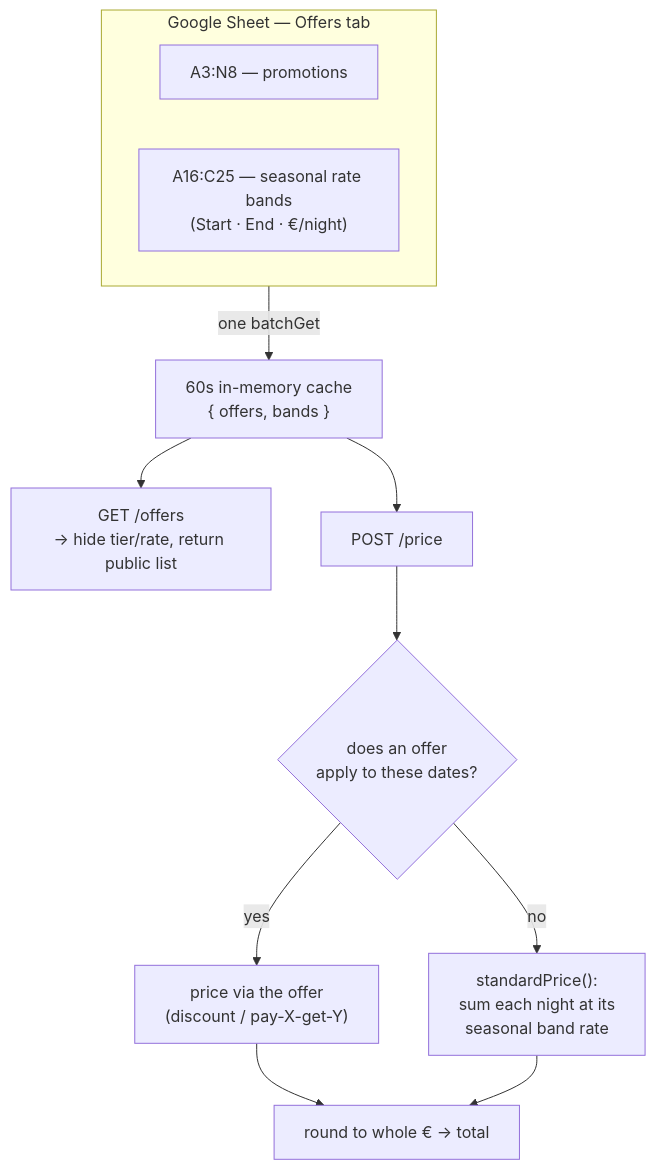
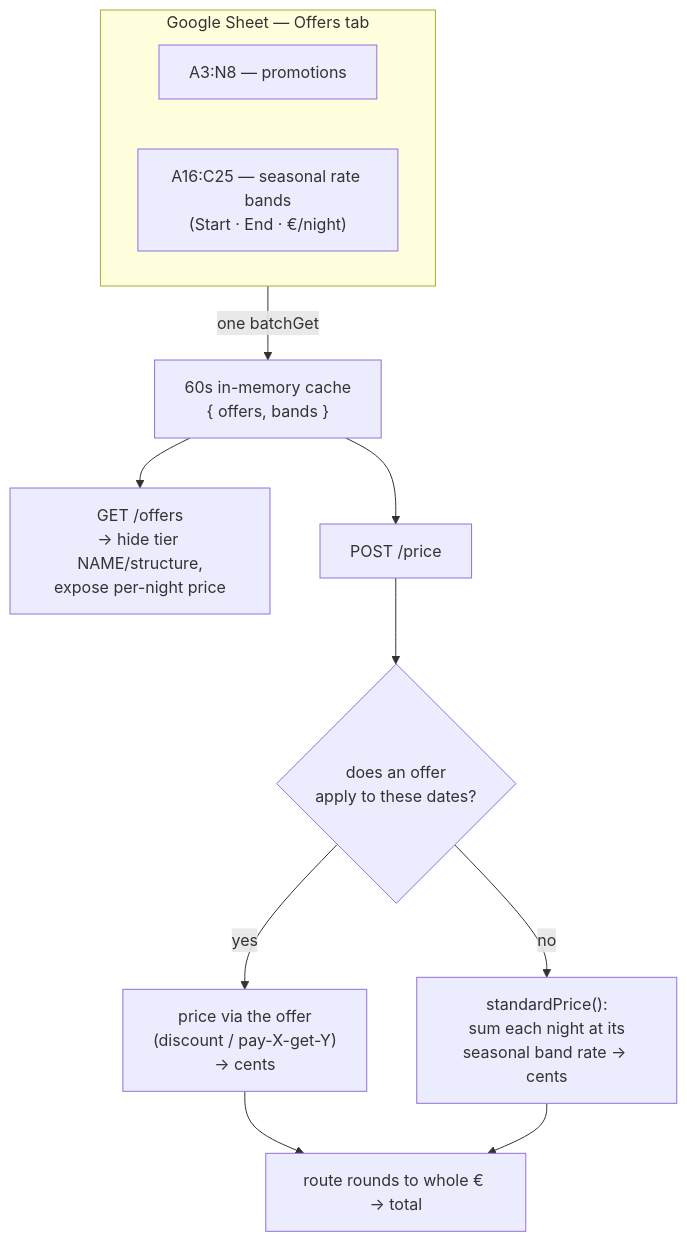
One commit to NoobCoder1209/vayana-bungalows changed the fifth of 9 diagrams in docs/ARCHITECTURE.md. Above: the diagram before and after it, drawn with Mermaid. The commit also changed other lines of this file, not shown here.

First line of the commit message:
docs: fix ARCHITECTURE.md accuracy (review findings)

````diff
--- a/docs/ARCHITECTURE.md
+++ b/docs/ARCHITECTURE.md
@@ -163,18 +173,18 @@
 ```mermaid
 flowchart TD
     subgraph Sheet["Google Sheet — Offers tab"]
       OffersRows["A3:N8 — promotions"]
       Bands["A16:C25 — seasonal rate bands<br/>(Start · End · €/night)"]
     end
 
     Sheet -->|one batchGet| Cache["60s in-memory cache<br/>{ offers, bands }"]
 
-    Cache --> OffersRoute["GET /offers<br/>→ hide tier/rate, return public list"]
+    Cache --> OffersRoute["GET /offers<br/>→ hide tier NAME/structure,<br/>expose per-night price"]
     Cache --> PriceRoute["POST /price"]
 
     PriceRoute --> Match{"does an offer<br/>apply to these dates?"}
-    Match -->|yes| OfferCalc["price via the offer<br/>(discount / pay-X-get-Y)"]
-    Match -->|no| Standard["standardPrice():<br/>sum each night at its<br/>seasonal band rate"]
-    OfferCalc --> Total["round to whole € → total"]
+    Match -->|yes| OfferCalc["price via the offer<br/>(discount / pay-X-get-Y)<br/>→ cents"]
+    Match -->|no| Standard["standardPrice():<br/>sum each night at its<br/>seasonal band rate → cents"]
+    OfferCalc --> Total["route rounds to whole € → total"]
     Standard --> Total
 ```
````
